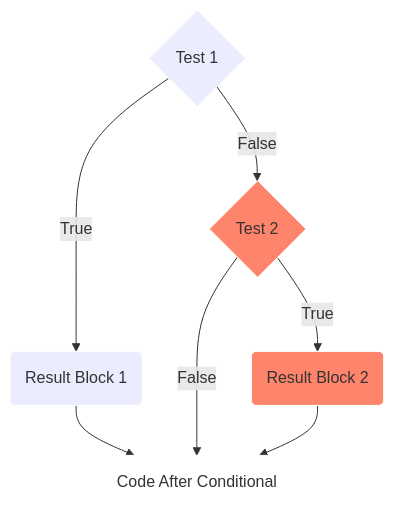
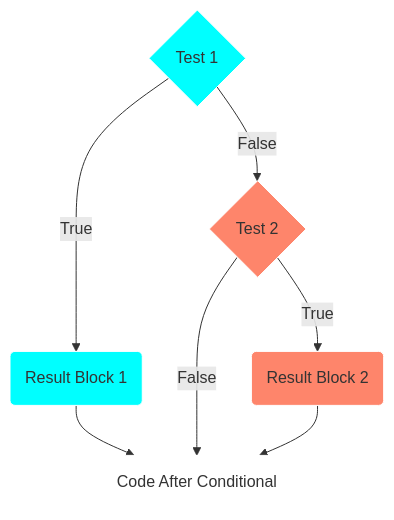
One commit to lsu-ddem/pathways-site changed the third of 4 diagrams in content/1_IntroToCoding/2_MakingThings_Happen/1_Lesson_1/index.md. Above: the diagram before and after it, drawn with Mermaid. The commit also changed other lines of this file, not shown here.

Commit message:
Update Computers Making Choices “index”

```diff
--- a/content/1_IntroToCoding/2_MakingThings_Happen/1_Lesson_1/index.md
+++ b/content/1_IntroToCoding/2_MakingThings_Happen/1_Lesson_1/index.md
@@ -91,18 +91,18 @@
 {{<mermaid align="center">}}
 graph TD
 
 A{Test 1} -->|True| B(Result Block 1)
 A{Test 1} -->|False| F
 
 B-->E(Code After Conditional)
 
 F{Test 2}-->|False| E(Code After Conditional)
 F{Test 2}-->|True| G(Result Block 2)
 G --> E
 
-style A  stroke:#FFFFFF;
-style B stroke:#FFFFFF;
+style A  fill:#00ffff,stroke:#FFFFFF;
+style B fill:#00ffff, stroke:#FFFFFF;
 style F fill:#fe856b, stroke:#FFFFFF;
 style E fill:#FFFFFF, stroke:#FFFFFF;
 style G fill:#fe856b, stroke:#FFFFFF;
 {{< /mermaid >}}
```
